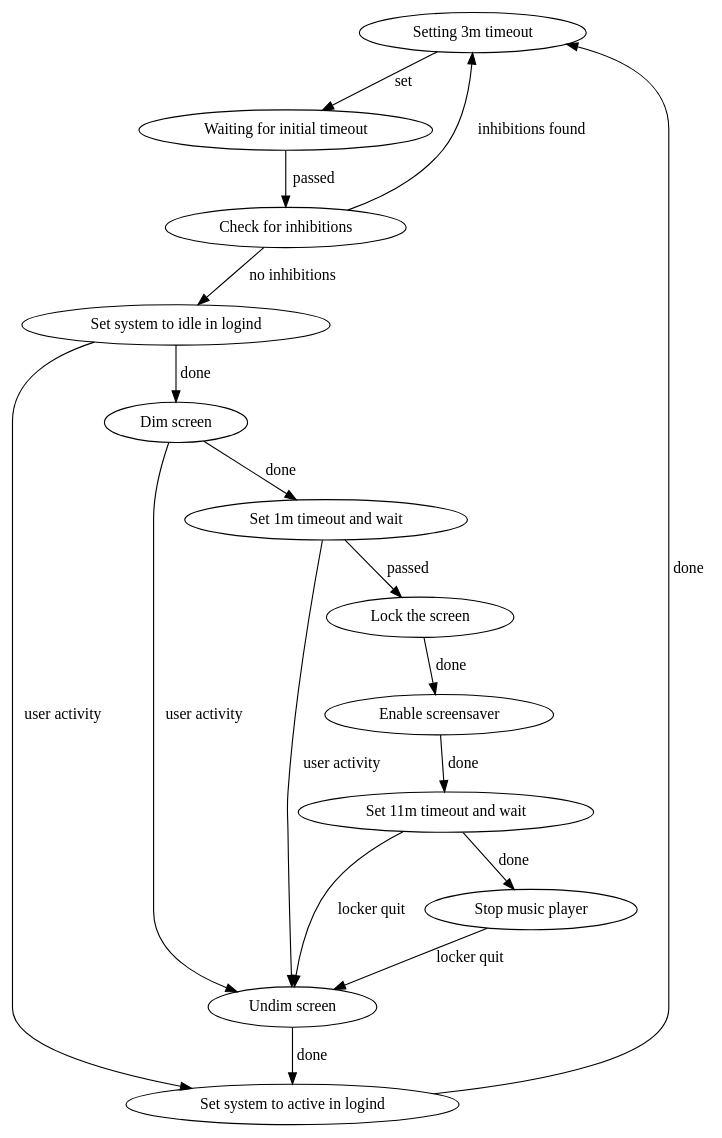
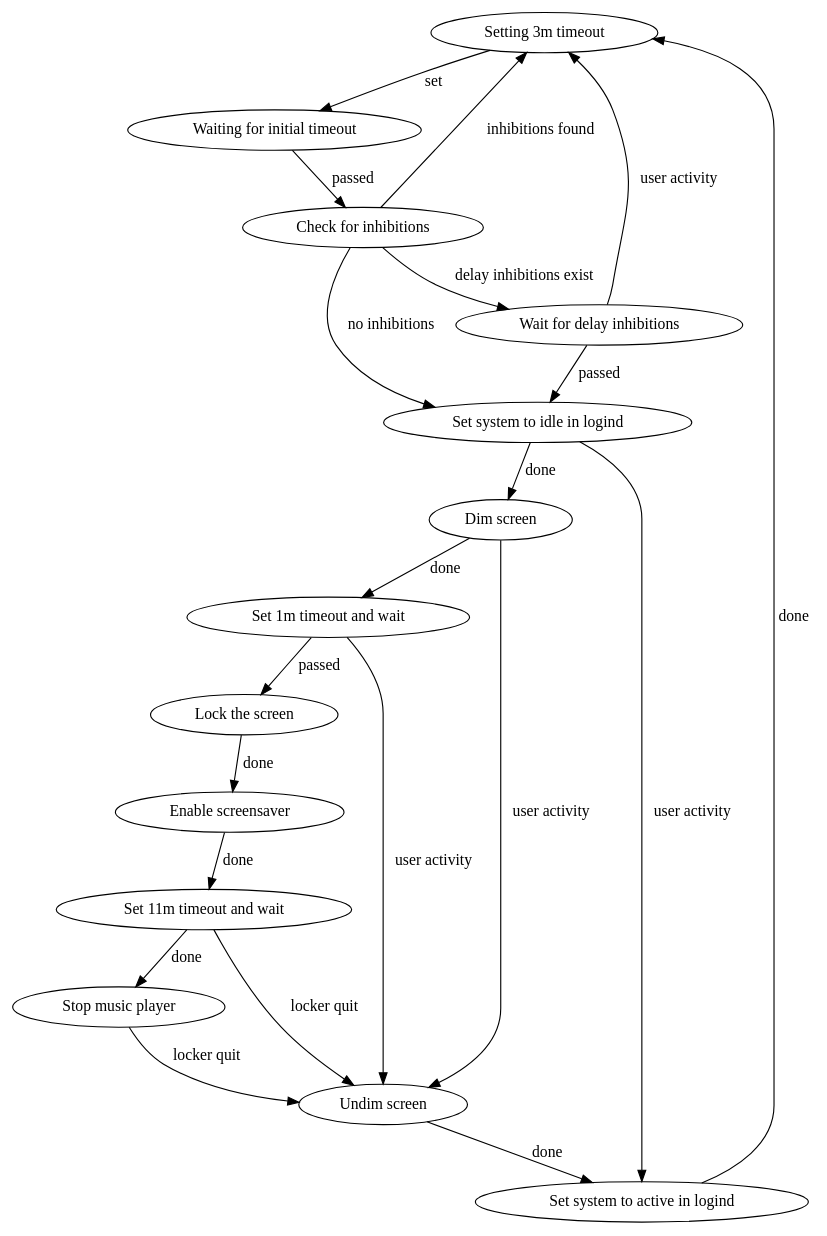
One commit to selverob/energia changed the diagram in src/control/sample_fsm.dot. Above: the diagram before and after it, drawn with Graphviz.

Commit message:
Add forgotten delay inhibitions to sample FSM

```diff
--- a/src/control/sample_fsm.dot
+++ b/src/control/sample_fsm.dot
@@ -1,32 +1,36 @@
 digraph G {
     init [label = "Setting 3m timeout"];
     wait1 [label = "Waiting for initial timeout"];
-    cfi1 [label = "Check for inhibitions"]
+    cfi1 [label = "Check for inhibitions"];
+    inh_wait [label = "Wait for delay inhibitions"];
     do_logind [label = "Set system to idle in logind"];
     rb_logind [label = "Set system to active in logind"];
     do_dim [label = "Dim screen"];
     rb_dim [label = "Undim screen"];
     wait2 [label = "Set 1m timeout and wait"];
     do_lock [label = "Lock the screen"];
     do_screensaver [label = "Enable screensaver"];
     wait3 [label = "Set 11m timeout and wait"];
     do_mpris [label = "Stop music player"];
 
     init -> wait1 [label = set];
     wait1 -> cfi1 [label = "passed"];
     cfi1 -> init [label = "inhibitions found"];
+    cfi1 -> inh_wait [label = "delay inhibitions exist"];
+    inh_wait -> do_logind [label = "passed"];
+    inh_wait -> init [label = "user activity"];
     cfi1 -> do_logind [label = "no inhibitions"];
     do_logind -> rb_logind [label = "user activity"];
     rb_dim -> rb_logind [label = "done"];
     rb_logind -> init [label = "done"];
     do_logind -> do_dim [label = "done"];
     do_dim -> rb_dim [label = "user activity"];
     do_dim -> wait2 [label = "done"];
     wait2 -> rb_dim [label = "user activity"];
     wait2 -> do_lock [label = "passed"]
     do_lock -> do_screensaver [label = "done"]
     do_screensaver -> wait3 [label = "done"]
     wait3 -> do_mpris [label = "done"]
     wait3 -> rb_dim [label = "locker quit"]
     do_mpris -> rb_dim [label = "locker quit"]
 }
```
